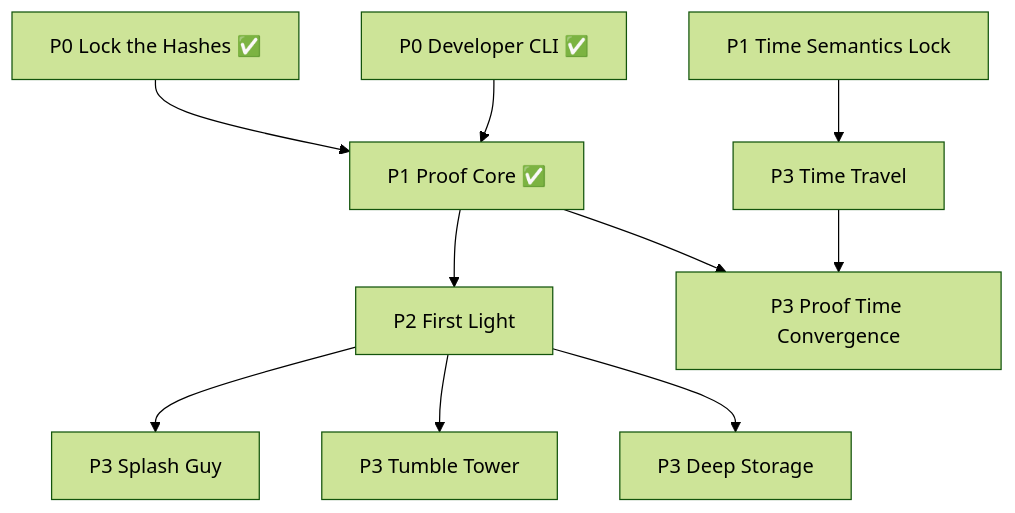
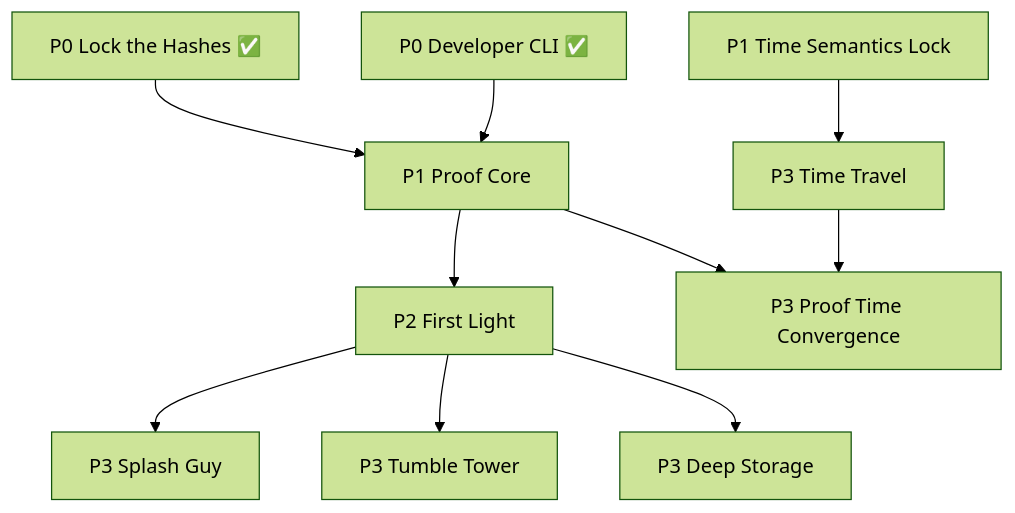
The diagram in docs/ROADMAP.md (flyingrobots/echo), drawn with Mermaid (forest theme) before and after one commit. The commit also changed other lines of this file and 66 other files, not shown here.

Commit message:
docs: collapse roadmap entrypoints

````diff
--- a/docs/ROADMAP.md
+++ b/docs/ROADMAP.md
@@ -22,12 +20,12 @@
 ```mermaid
 flowchart TD
-  A["P0 Lock the Hashes ✅"] --> D["P1 Proof Core ✅"]
+  A["P0 Lock the Hashes ✅"] --> D["P1 Proof Core"]
   B["P0 Developer CLI ✅"] --> D
   D --> C["P2 First Light"]
   E["P1 Time Semantics Lock"] --> F["P3 Time Travel"]
   D --> G["P3 Proof Time Convergence"]
   F --> G
   C --> H["P3 Splash Guy"]
   C --> I["P3 Tumble Tower"]
   C --> J["P3 Deep Storage"]
 ```
````
